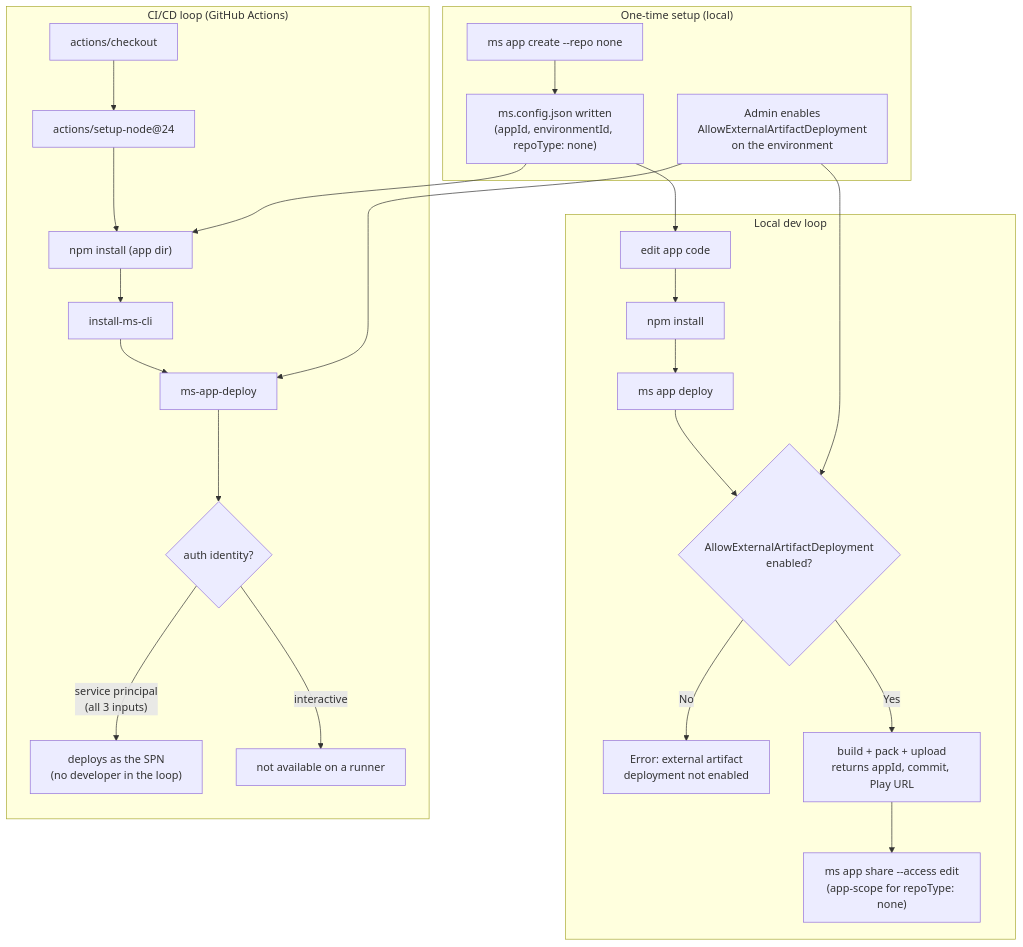
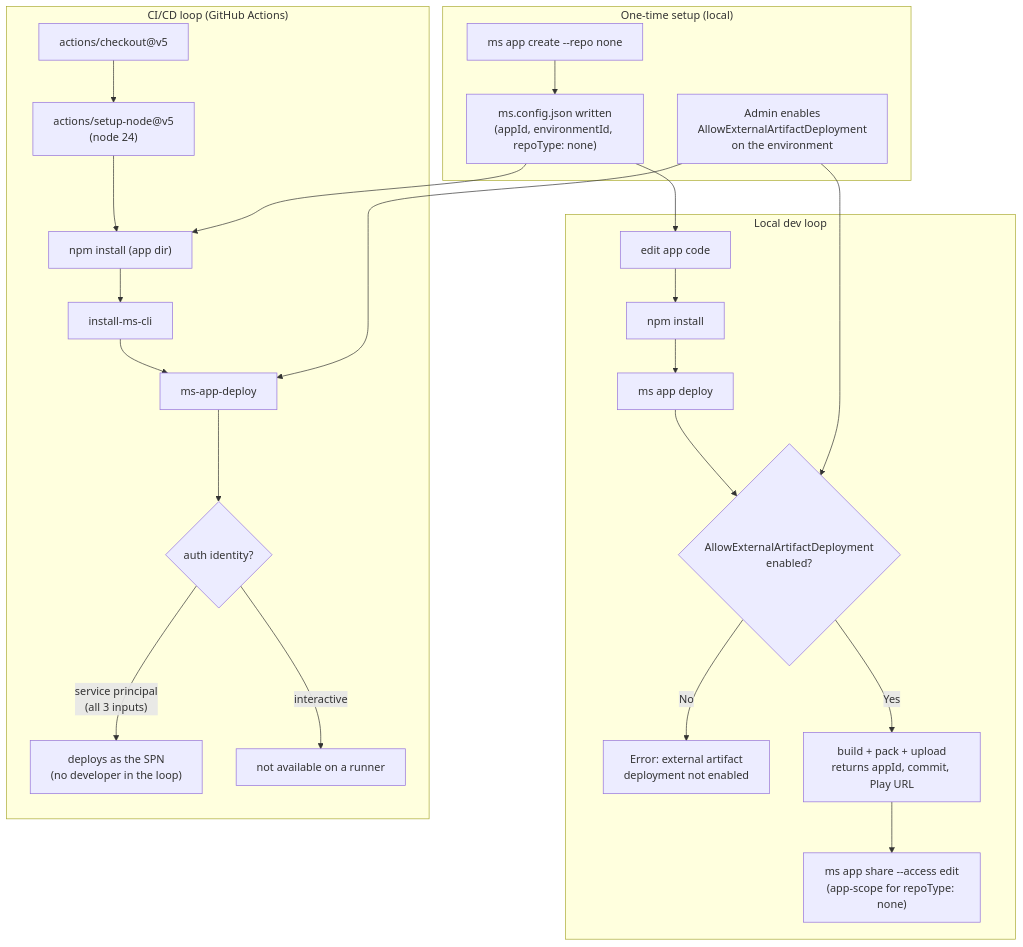
One commit to microsoft/Managed-Apps changed the first of 3 diagrams in github-actions/docs/architecture.md. Above: the diagram before and after it, drawn with Mermaid. The commit also changed 4 other files, not shown here.

First line of the commit message:
Bump example checkout/setup-node to @v5 (node24, no deprecation warning)

````diff
--- a/github-actions/docs/architecture.md
+++ b/github-actions/docs/architecture.md
@@ -24,31 +24,31 @@
 ```mermaid
 flowchart TD
     subgraph Setup["One-time setup (local)"]
         A1["ms app create --repo none"] --> A2["ms.config.json written<br/>(appId, environmentId, repoType: none)"]
         A3["Admin enables<br/>AllowExternalArtifactDeployment<br/>on the environment"]
     end
 
     subgraph Local["Local dev loop"]
         B1["edit app code"] --> B2["npm install"]
         B2 --> B3["ms app deploy"]
         B3 --> B4{"AllowExternalArtifactDeployment<br/>enabled?"}
         B4 -- "No" --> B5["Error: external artifact<br/>deployment not enabled"]
         B4 -- "Yes" --> B6["build + pack + upload<br/>returns appId, commit, Play URL"]
         B6 --> B7["ms app share --access edit<br/>(app-scope for repoType: none)"]
     end
 
     subgraph CI["CI/CD loop (GitHub Actions)"]
-        C1["actions/checkout"] --> C2["actions/setup-node@24"]
+        C1["actions/checkout@v5"] --> C2["actions/setup-node@v5<br/>(node 24)"]
         C2 --> C3["npm install (app dir)"]
         C3 --> C4["install-ms-cli"]
         C4 --> C5["ms-app-deploy"]
         C5 --> C6{"auth identity?"}
         C6 -- "service principal<br/>(all 3 inputs)" --> C7["deploys as the SPN<br/>(no developer in the loop)"]
         C6 -- "interactive" --> C8["not available on a runner"]
     end
 
     A2 --> B1
     A3 --> B4
     A2 --> C3
     A3 --> C5
 ```
````
